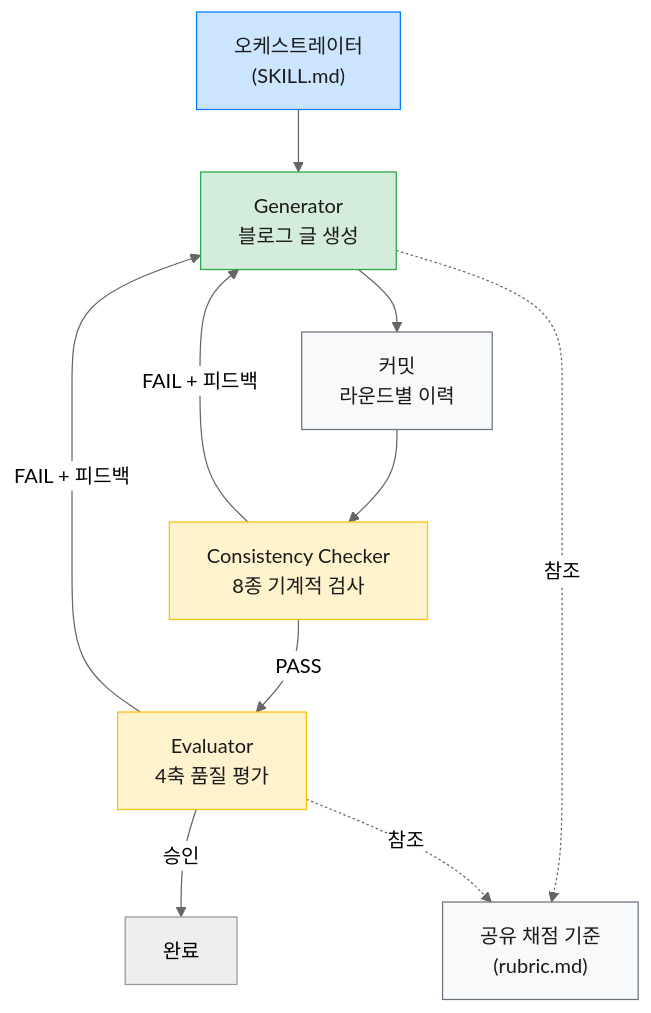
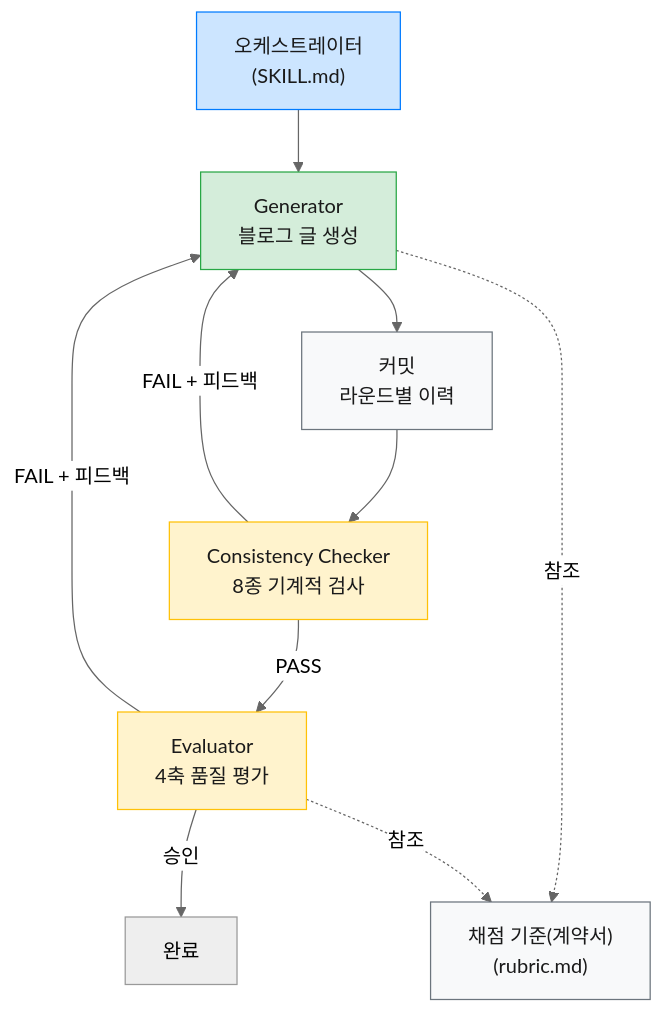
Before and after one commit to Epikoding/epikoding.github.io: the fourth of 6 diagrams in _posts/2026-03-27-claude-code-note-skill-harness-pattern-guide.md, drawn with Mermaid (neutral theme). The commit also changed other lines of this file, not shown here.

````diff
--- a/_posts/2026-03-27-claude-code-note-skill-harness-pattern-guide.md
+++ b/_posts/2026-03-27-claude-code-note-skill-harness-pattern-guide.md
@@ -270,24 +271,24 @@
 ```mermaid
 flowchart TB
     classDef orchestrator fill:#cce5ff,stroke:#007bff,color:#1a1a1a
     classDef generator fill:#d4edda,stroke:#28a745,color:#1a1a1a
     classDef evaluator fill:#fff3cd,stroke:#ffc107,color:#1a1a1a
     classDef reference fill:#f8f9fa,stroke:#6c757d,color:#1a1a1a
 
     ORCH["오케스트레이터<br/>(SKILL.md)"]:::orchestrator
     GEN["Generator<br/>블로그 글 생성"]:::generator
     COMMIT["커밋<br/>라운드별 이력"]:::reference
     CC["Consistency Checker<br/>8종 기계적 검사"]:::evaluator
     EVAL["Evaluator<br/>4축 품질 평가"]:::evaluator
-    RUBRIC["공유 채점 기준<br/>(rubric.md)"]:::reference
+    RUBRIC["채점 기준(계약서)<br/>(rubric.md)"]:::reference
 
     ORCH --> GEN
     GEN --> COMMIT
     COMMIT --> CC
     CC -->|"FAIL + 피드백"| GEN
     CC -->|"PASS"| EVAL
     EVAL -->|"FAIL + 피드백"| GEN
     EVAL -->|"승인"| DONE["완료"]
     GEN -.->|참조| RUBRIC
     EVAL -.->|참조| RUBRIC
 ```
````
